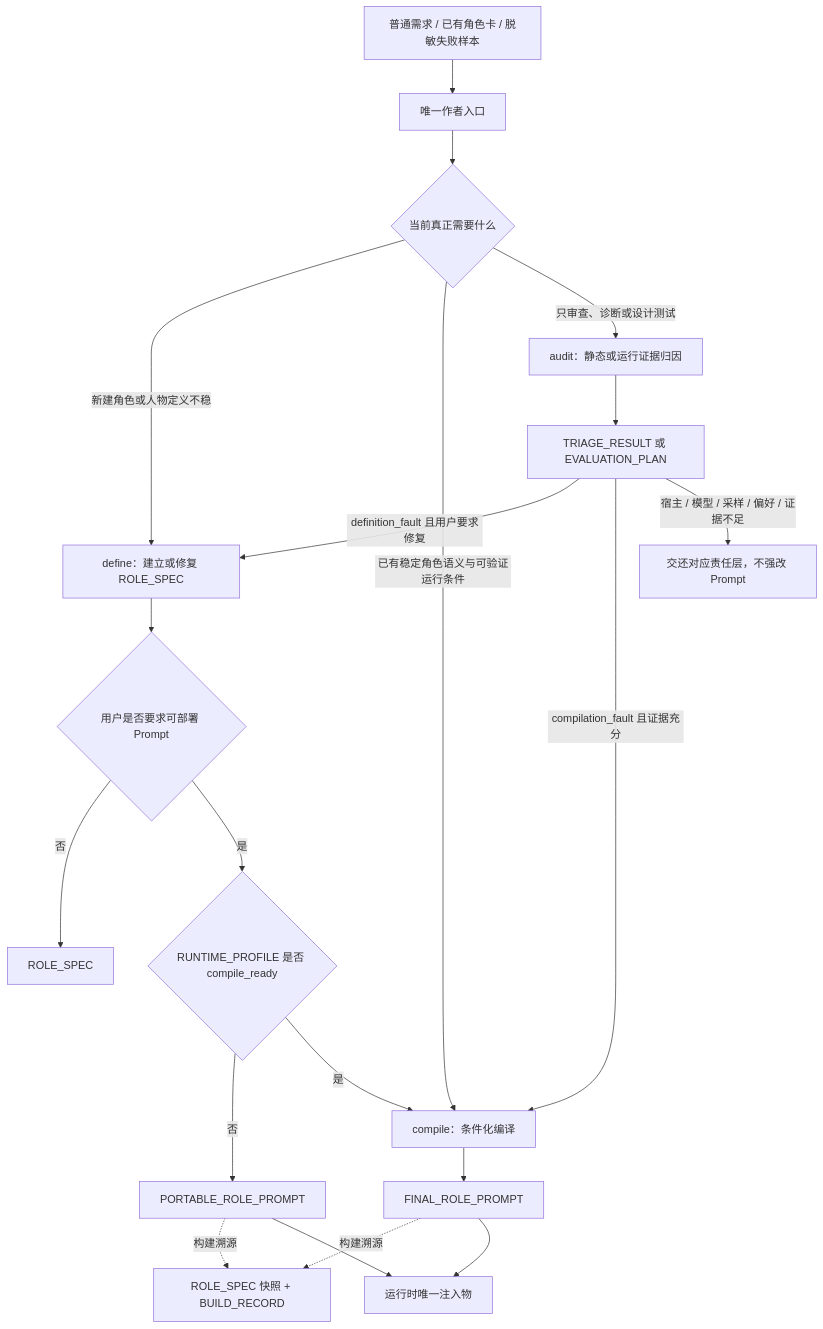
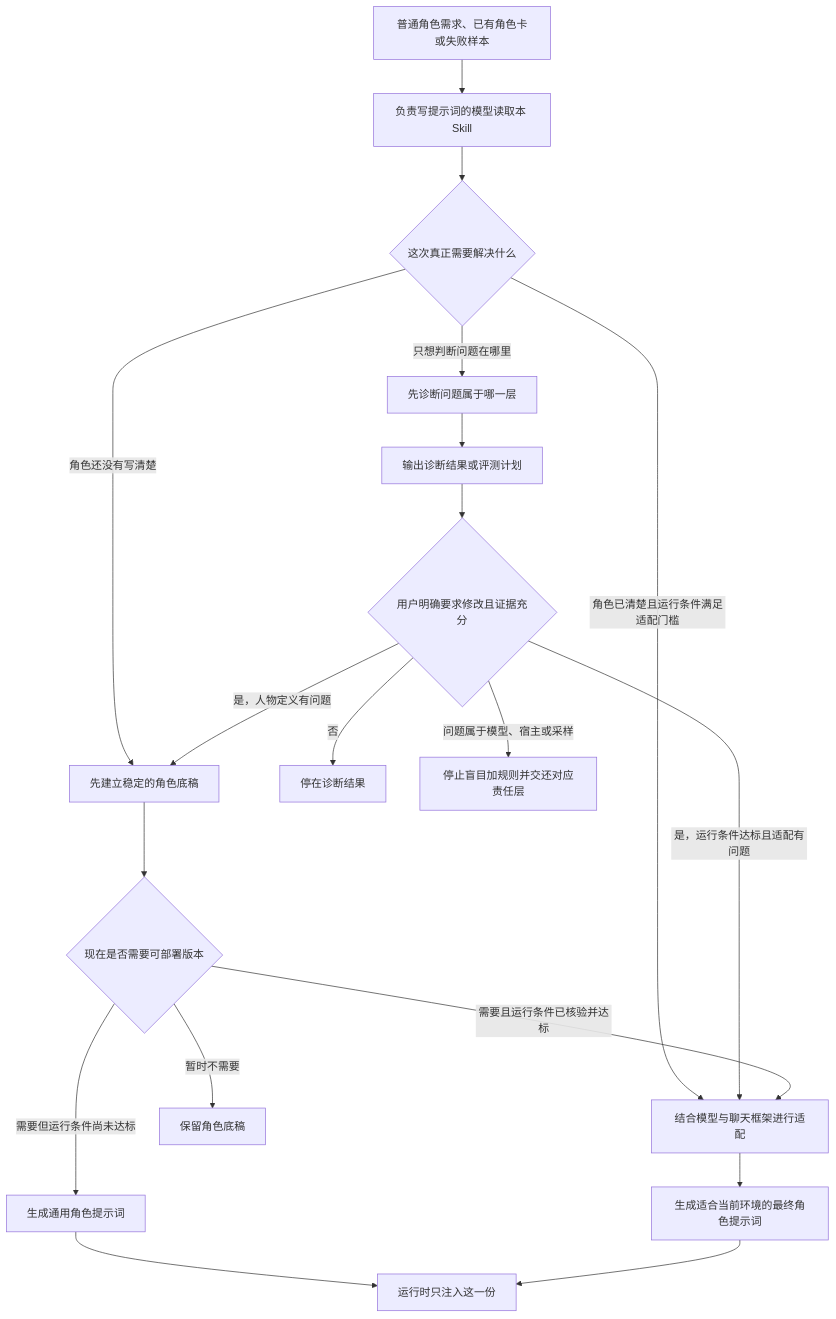
Before and after one commit to Yuimi-chaya/llm-rp-role-prompt-authoring: the first of 2 diagrams in README.md, drawn with Mermaid. The commit also changed other lines of this file and 1 other file, not shown here.

````diff
--- a/README.md
+++ b/README.md
@@ -100,22 +136,21 @@
 ```mermaid
 flowchart TD
-    U[普通需求 / 已有角色卡 / 脱敏失败样本] --> E[唯一作者入口]
-    E --> Q{当前真正需要什么}
-    Q -->|新建角色或人物定义不稳| D[define：建立或修复 ROLE_SPEC]
-    Q -->|已有稳定角色语义与可验证运行条件| C[compile：条件化编译]
-    Q -->|只审查、诊断或设计测试| A[audit：静态或运行证据归因]
-    A --> T[TRIAGE_RESULT 或 EVALUATION_PLAN]
-    T -->|definition_fault 且用户要求修复| D
-    T -->|compilation_fault 且证据充分| C
-    T -->|宿主 / 模型 / 采样 / 偏好 / 证据不足| X[交还对应责任层，不强改 Prompt]
-    D --> Z{用户是否要求可部署 Prompt}
-    Z -->|否| S[ROLE_SPEC]
-    Z -->|是| R{RUNTIME_PROFILE 是否 compile_ready}
-    R -->|否| P[PORTABLE_ROLE_PROMPT]
-    R -->|是| C
-    C --> F[FINAL_ROLE_PROMPT]
-    P -. 构建溯源 .-> B[ROLE_SPEC 快照 + BUILD_RECORD]
-    F -. 构建溯源 .-> B
-    P --> I[运行时唯一注入物]
-    F --> I
+    U[普通角色需求、已有角色卡或失败样本] --> W[负责写提示词的模型读取本 Skill]
+    W --> Q{这次真正需要解决什么}
+    Q -->|角色还没有写清楚| D[先建立稳定的角色底稿]
+    Q -->|角色已清楚且运行条件满足适配门槛| C[结合模型与聊天框架进行适配]
+    Q -->|只想判断问题在哪里| A[先诊断问题属于哪一层]
+    A --> T[输出诊断结果或评测计划]
+    T --> G{用户明确要求修改且证据充分}
+    G -->|否| E[停在诊断结果]
+    G -->|是，人物定义有问题| D
+    G -->|是，运行条件达标且适配有问题| C
+    G -->|问题属于模型、宿主或采样| X[停止盲目加规则并交还对应责任层]
+    D --> N{现在是否需要可部署版本}
+    N -->|暂时不需要| S[保留角色底稿]
+    N -->|需要但运行条件尚未达标| P[生成通用角色提示词]
+    N -->|需要且运行条件已核验并达标| C
+    C --> F[生成适合当前环境的最终角色提示词]
+    P --> R[运行时只注入这一份]
+    F --> R
 ```
````
